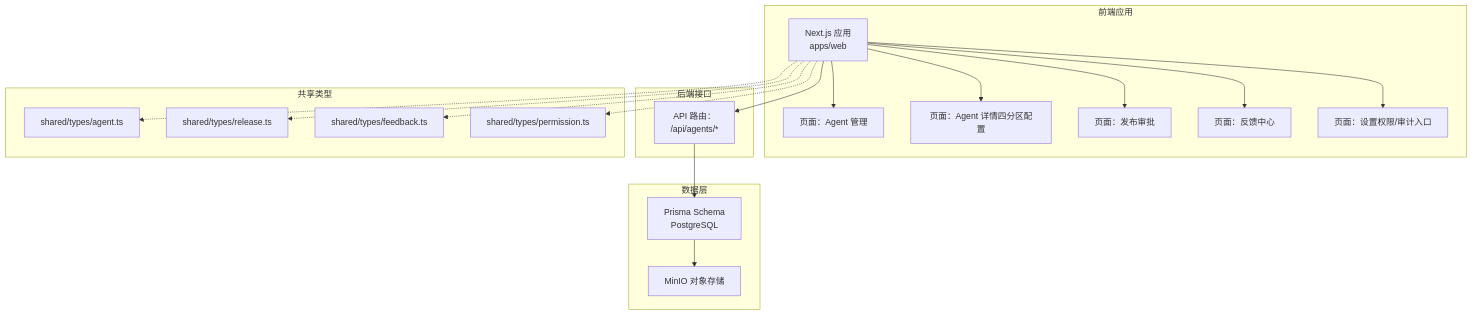
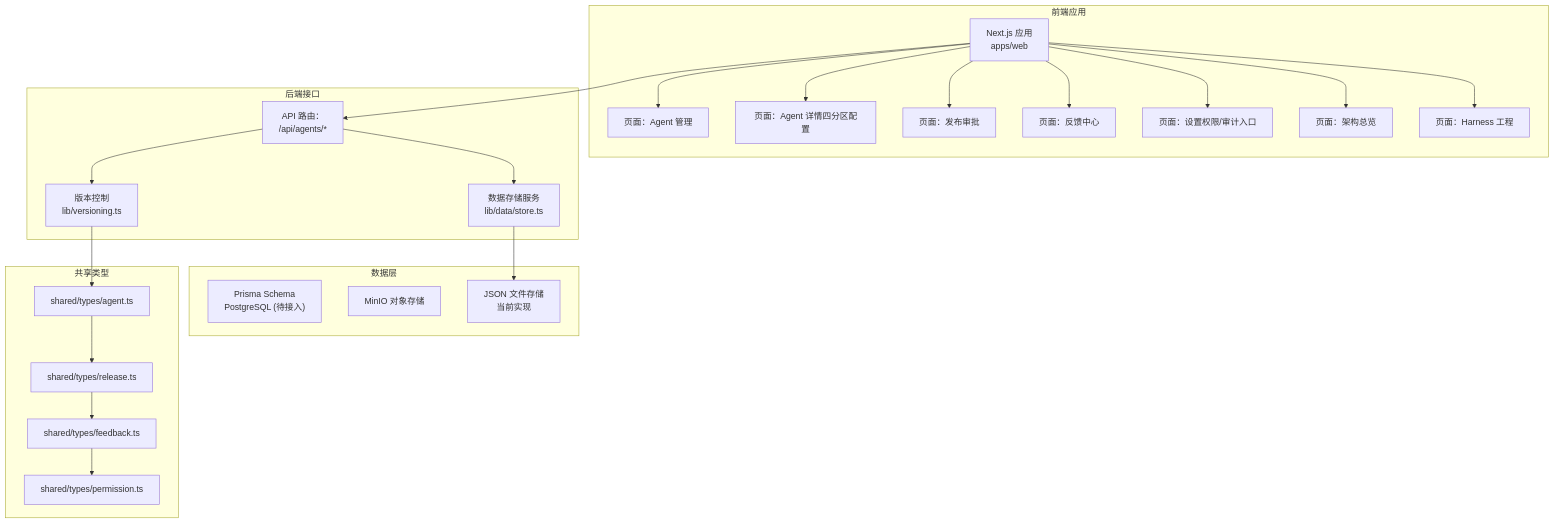
One commit to ai-guru-global/agent-up changed the second of 8 diagrams in .qoder/repowiki/zh/content/核心概念/核心概念.md. Above: the diagram before and after it, drawn with Mermaid. The commit also changed other lines of this file and 169 other files, not shown here.

````diff
--- a/.qoder/repowiki/zh/content/核心概念/核心概念.md
+++ b/.qoder/repowiki/zh/content/核心概念/核心概念.md
@@ -49,36 +176,44 @@
 ```mermaid
 graph TB
 subgraph "前端应用"
 A["Next.js 应用<br/>apps/web"]
 B["页面：Agent 管理"]
 C["页面：Agent 详情四分区配置"]
 D["页面：发布审批"]
 E["页面：反馈中心"]
 F["页面：设置权限/审计入口"]
+G["页面：架构总览"]
+H["页面：Harness 工程"]
 end
 subgraph "后端接口"
-G["API 路由：<br/>/api/agents/*"]
+I["API 路由：<br/>/api/agents/*"]
+J["数据存储服务<br/>lib/data/store.ts"]
+K["版本控制<br/>lib/versioning.ts"]
 end
 subgraph "数据层"
-H["Prisma Schema<br/>PostgreSQL"]
-I["MinIO 对象存储"]
+L["Prisma Schema<br/>PostgreSQL (待接入)"]
+M["MinIO 对象存储"]
+N["JSON 文件存储<br/>当前实现"]
 end
 subgraph "共享类型"
-J["shared/types/agent.ts"]
-K["shared/types/release.ts"]
-L["shared/types/feedback.ts"]
-M["shared/types/permission.ts"]
+O["shared/types/agent.ts"]
+P["shared/types/release.ts"]
+Q["shared/types/feedback.ts"]
+R["shared/types/permission.ts"]
 end
 A --> B
 A --> C
 A --> D
 A --> E
 A --> F
 A --> G
-G --> H
-H --> I
-A -.-> J
-A -.-> K
-A -.-> L
-A -.-> M
+A --> H
+A --> I
+I --> J
+I --> K
+J --> N
+K --> O
+O --> P
+P --> Q
+Q --> R
 ```
````
